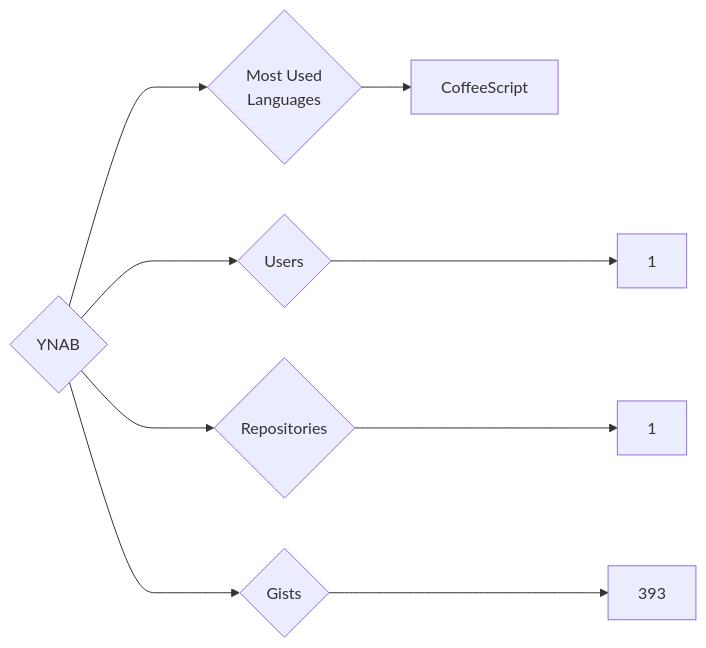
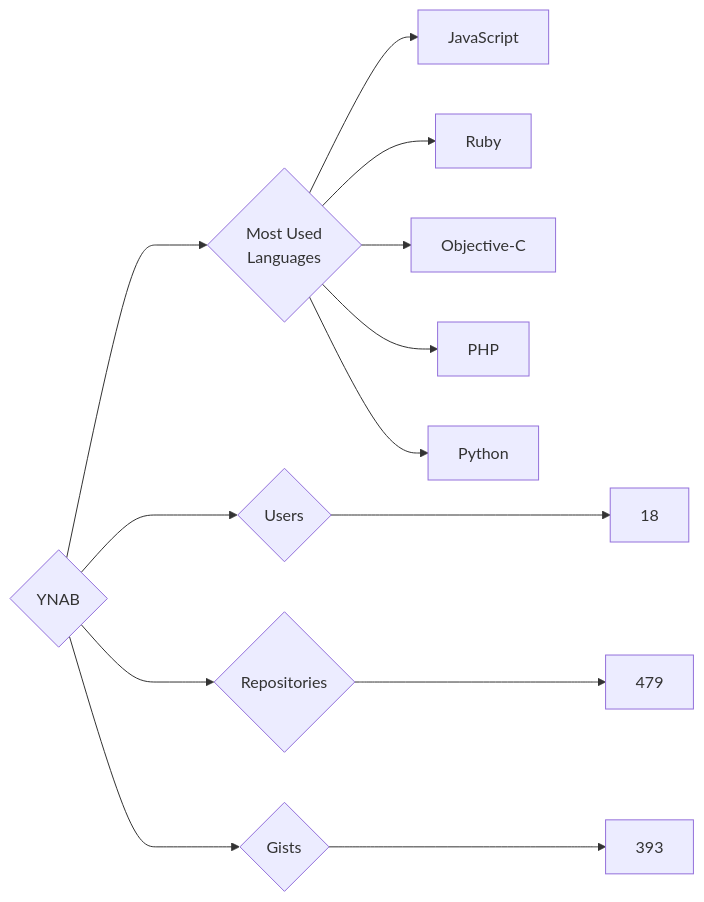
The diagram in targets/YNAB/README.md (trickest/insiders), drawn with Mermaid before and after one commit. The commit also changed 877 other files, not shown here.

````diff
--- a/targets/YNAB/README.md
+++ b/targets/YNAB/README.md
@@ -3,9 +3,13 @@
 ```mermaid
 graph LR
 COMPANY_NAME{YNAB}
-COMPANY_NAME ---> U{Users} ---> UN[1]
-COMPANY_NAME ---> R{Repositories} ---> RN[1]
+COMPANY_NAME ---> U{Users} ---> UN[18]
+COMPANY_NAME ---> R{Repositories} ---> RN[479]
 COMPANY_NAME ---> G{Gists} ---> GN[393]
 COMPANY_NAME ---> ML{Most Used<br>Languages}
-ML --> CoffeeScript[CoffeeScript]
+ML --> JavaScript[JavaScript]
+ML --> Ruby[Ruby]
+ML --> Objective-C[Objective-C]
+ML --> PHP[PHP]
+ML --> Python[Python]
 ```
````
